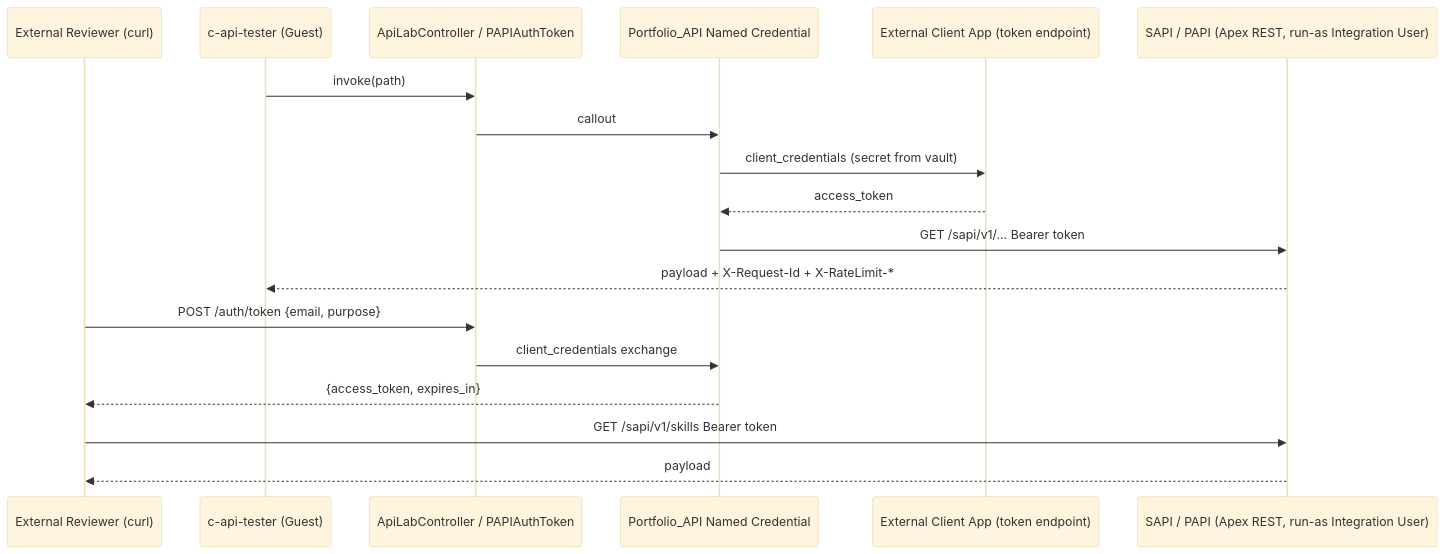
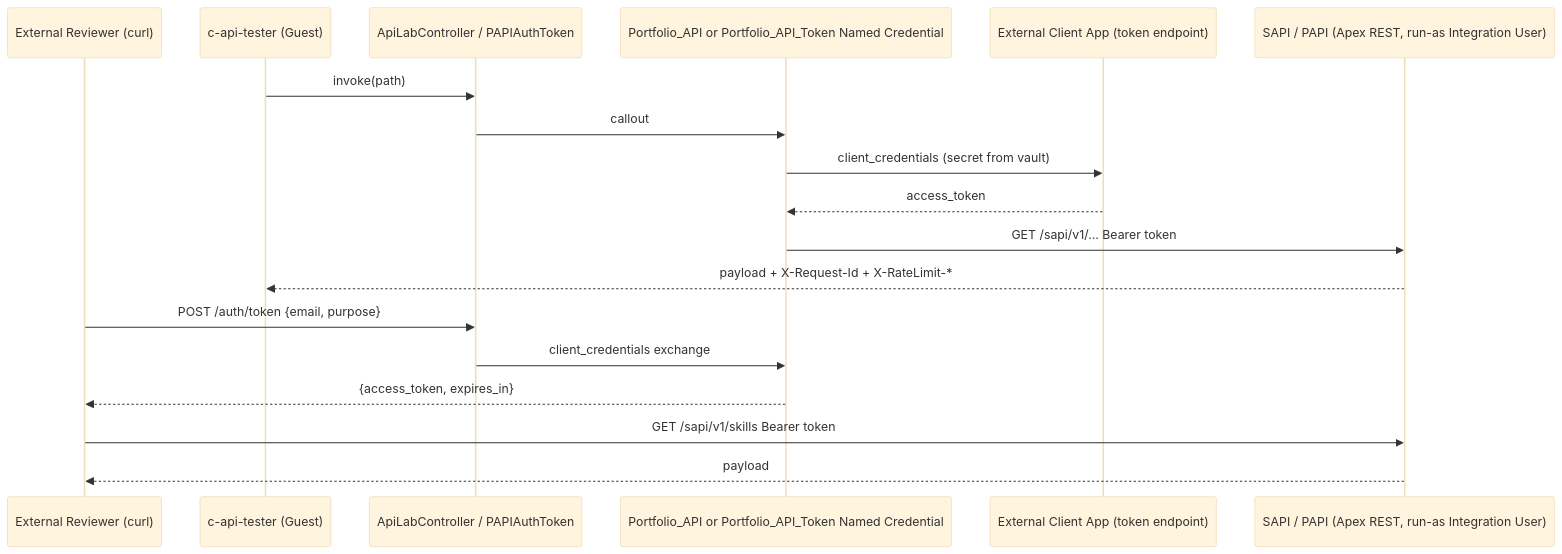
One commit to rdbumstead/salesforce-platform-architect-portfolio changed the fifth of 5 diagrams in docs/guides/03-SAS.md. Above: the diagram before and after it, drawn with Mermaid (base theme). The commit also changed other lines of this file and 2 other files, not shown here.

````diff
--- a/docs/guides/03-SAS.md
+++ b/docs/guides/03-SAS.md
@@ -790,22 +773,22 @@
 ```mermaid
 sequenceDiagram
     participant Reviewer as External Reviewer (curl)
     participant LWC as c-api-tester (Guest)
     participant Proxy as ApiLabController / PAPIAuthToken
-    participant NC as Portfolio_API Named Credential
+    participant NC as Portfolio_API or Portfolio_API_Token Named Credential
     participant ECA as External Client App (token endpoint)
     participant API as SAPI / PAPI (Apex REST, run-as Integration User)
 
     LWC->>Proxy: invoke(path)
     Proxy->>NC: callout
     NC->>ECA: client_credentials (secret from vault)
     ECA-->>NC: access_token
     NC->>API: GET /sapi/v1/... Bearer token
     API-->>LWC: payload + X-Request-Id + X-RateLimit-*
 
     Reviewer->>Proxy: POST /auth/token {email, purpose}
     Proxy->>NC: client_credentials exchange
     NC-->>Reviewer: {access_token, expires_in}
     Reviewer->>API: GET /sapi/v1/skills Bearer token
     API-->>Reviewer: payload
 ```
````
